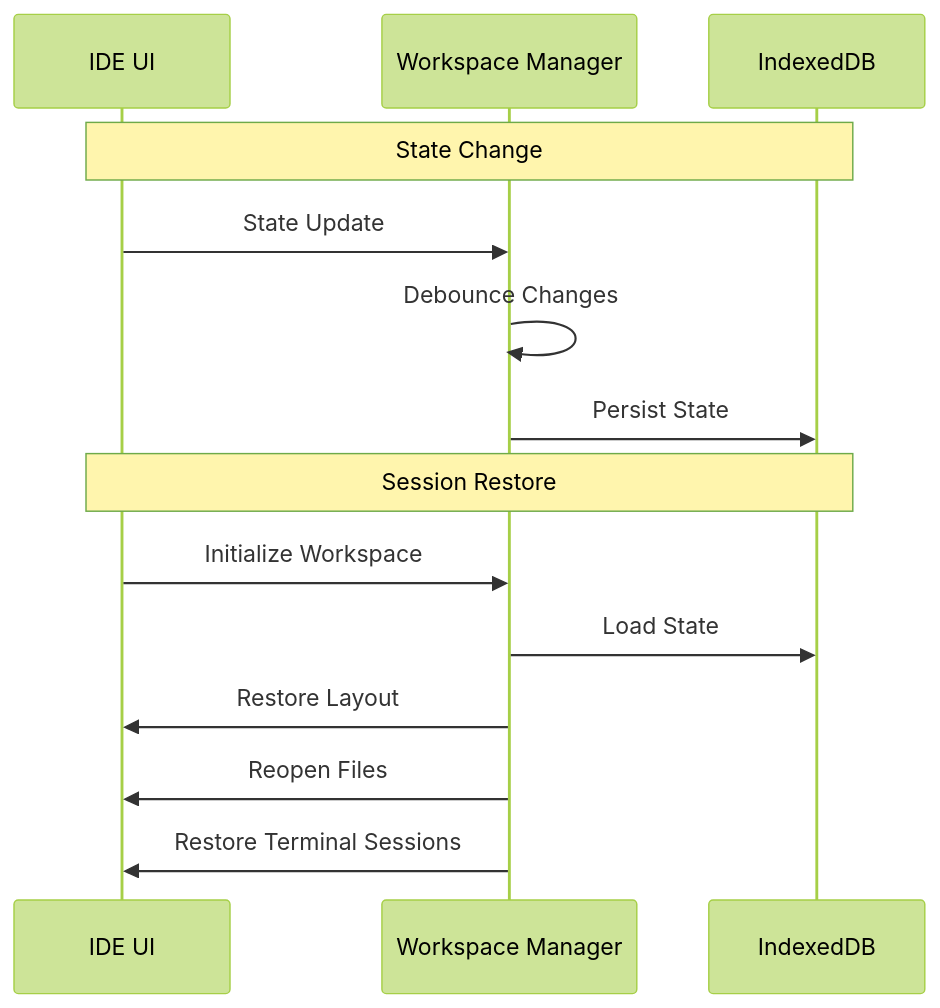
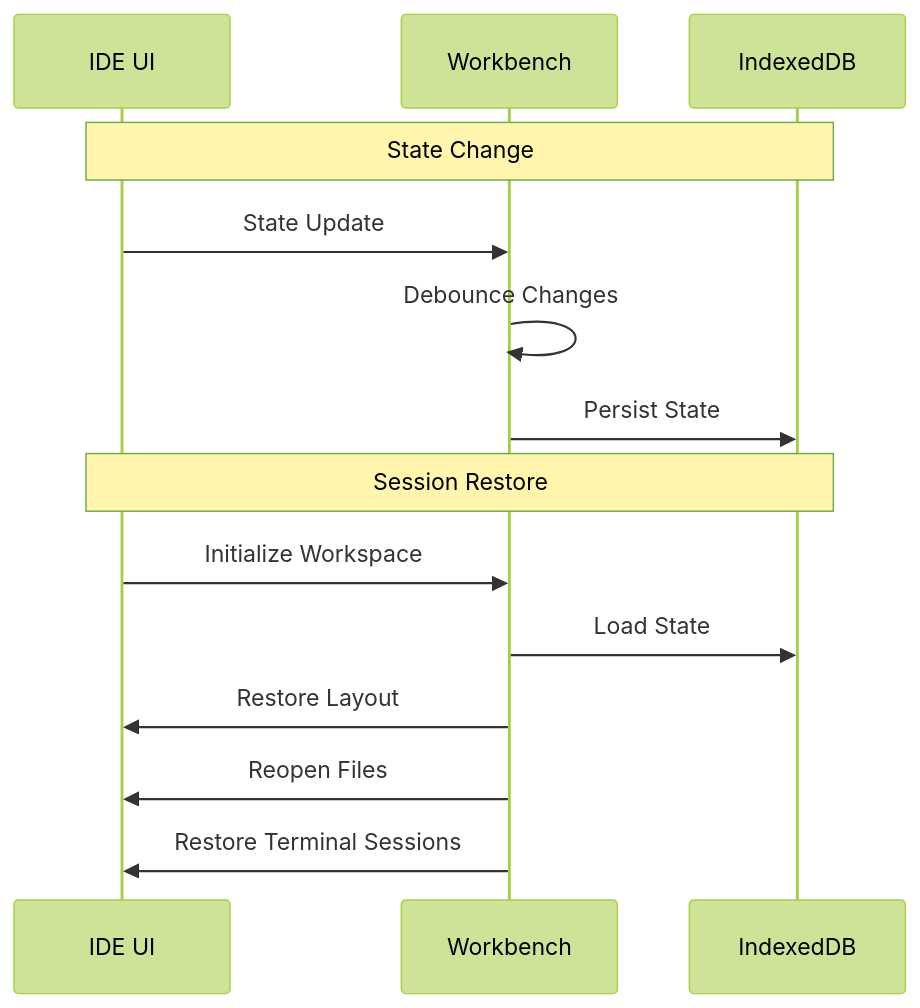
Diagram 14 of 16 in architecture.md (mrsimpson/piddie), drawn with Mermaid (forest theme) before and after one commit. The commit also changed other lines of this file, not shown here.

````diff
--- a/architecture.md
+++ b/architecture.md
@@ -1348,18 +1301,18 @@
 ```mermaid
 sequenceDiagram
     participant UI as IDE UI
-    participant WM as Workspace Manager
+    participant WM as Workbench
     participant IDB as IndexedDB
     
     Note over UI,IDB: State Change
     UI->>WM: State Update
     WM->>WM: Debounce Changes
     WM->>IDB: Persist State
     
     Note over UI,IDB: Session Restore
     UI->>WM: Initialize Workspace
     WM->>IDB: Load State
     WM->>UI: Restore Layout
     WM->>UI: Reopen Files
     WM->>UI: Restore Terminal Sessions
 ```
````
